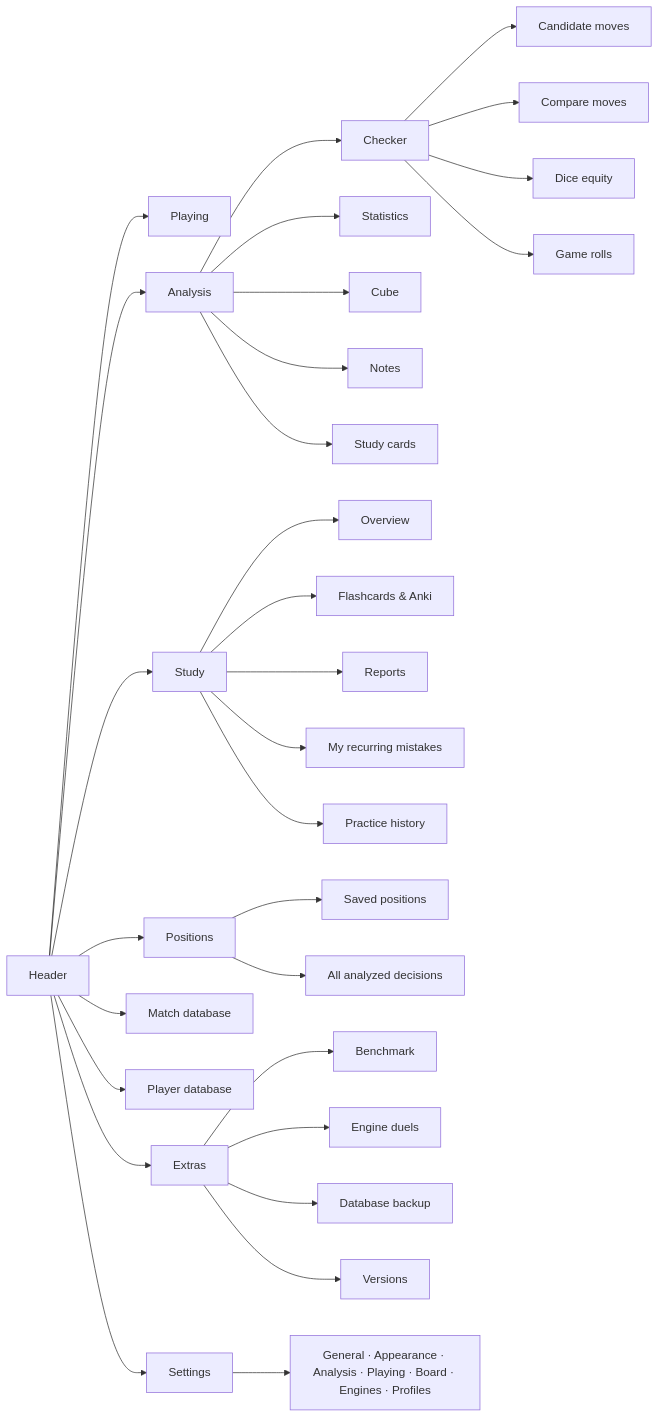
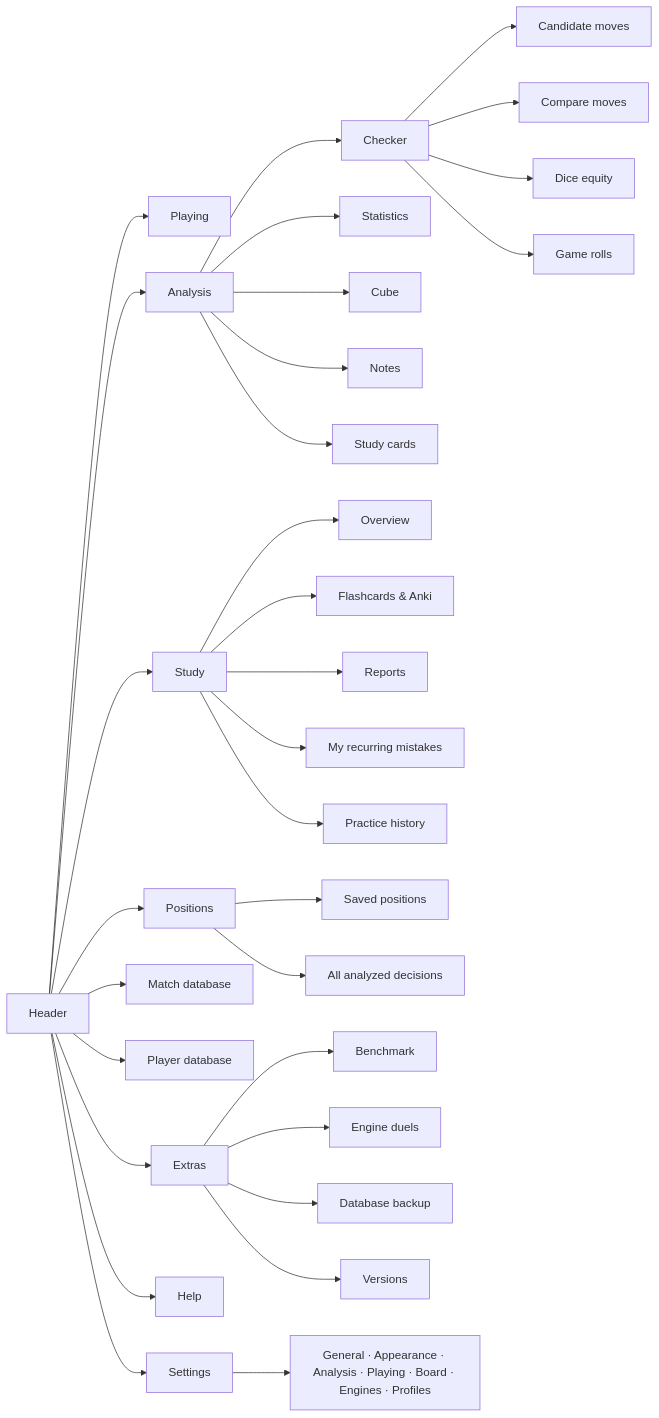
Before and after one commit to HendrikReh/neondojo: the first of 7 diagrams in docs/user-guide/README.md, drawn with Mermaid. The commit also changed other lines of this file and 10 other files, not shown here.

````diff
--- a/docs/user-guide/README.md
+++ b/docs/user-guide/README.md
@@ -61,37 +60,38 @@
 ```mermaid
 flowchart LR
   H["Header"] --> P["Playing"]
   H --> A["Analysis"]
   H --> S["Study"]
   H --> PO["Positions"]
   H --> M["Match database"]
   H --> PL["Player database"]
   H --> E["Extras"]
+  H --> HELP["Help"]
   H --> SET["Settings"]
 
   A --> A1["Checker"]
   A --> A2["Statistics"]
   A --> A3["Cube"]
   A --> A4["Notes"]
   A --> A5["Study cards"]
   A1 --> A11["Candidate moves"]
   A1 --> A12["Compare moves"]
   A1 --> A13["Dice equity"]
   A1 --> A14["Game rolls"]
 
   S --> S1["Overview"]
   S --> S2["Flashcards & Anki"]
   S --> S3["Reports"]
   S --> S4["My recurring mistakes"]
   S --> S5["Practice history"]
 
   PO --> PO1["Saved positions"]
   PO --> PO2["All analyzed decisions"]
 
   E --> E1["Benchmark"]
   E --> E2["Engine duels"]
   E --> E3["Database backup"]
   E --> E4["Versions"]
 
   SET --> SET1["General · Appearance · Analysis · Playing · Board · Engines · Profiles"]
 ```
````
